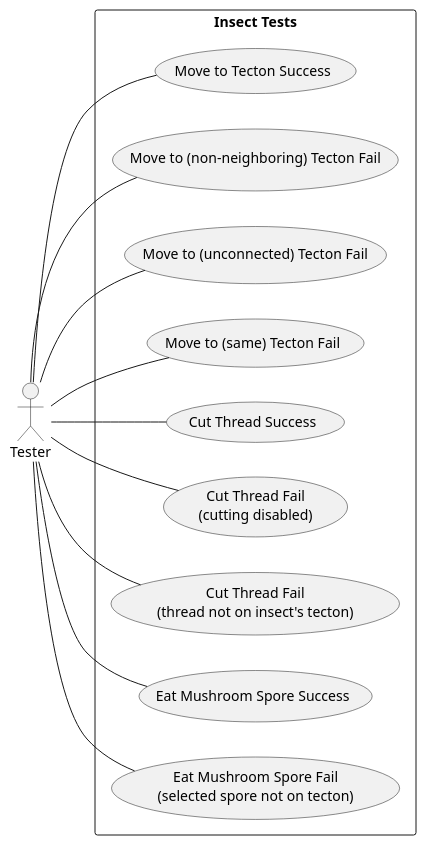
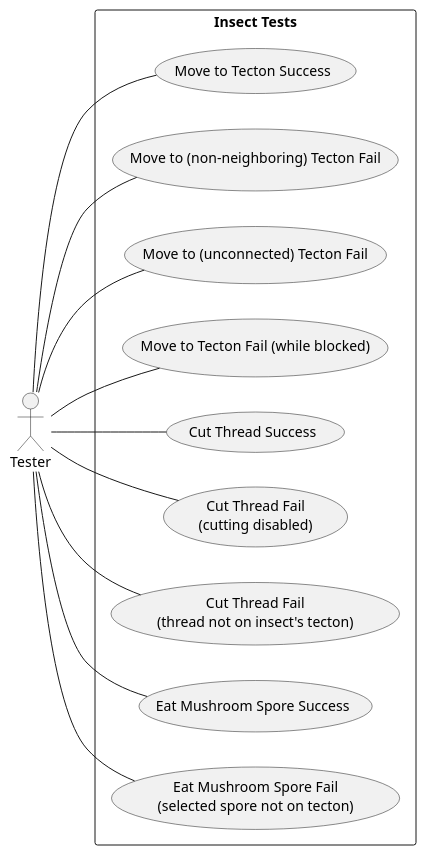
The diagram in diagrams/testcase/insect.plantuml (dzsem/projlab), drawn with PlantUML before and after one commit. The commit also changed 1 other file, not shown here.

Commit message:
UC update, moveToTecton 4th test

```diff
--- a/diagrams/testcase/insect.plantuml
+++ b/diagrams/testcase/insect.plantuml
@@ -1,30 +1,30 @@
 @startuml insectTestCases
 left to right direction
 
 actor "Tester" as t
 
 rectangle "Insect Tests" {
     usecase "Move to Tecton Success" as test1
 	usecase "Move to (non-neighboring) Tecton Fail" as test2
 	usecase "Move to (unconnected) Tecton Fail" as test3
-	usecase "Move to (same) Tecton Fail" as test4
+	usecase "Move to Tecton Fail (while blocked)" as test4
 
 	usecase "Cut Thread Success" as test5
 	usecase "Cut Thread Fail\n(cutting disabled)" as test6
 	usecase "Cut Thread Fail\n(thread not on insect's tecton)" as test7
 
 	usecase "Eat Mushroom Spore Success" as test8
 	usecase "Eat Mushroom Spore Fail\n(selected spore not on tecton)" as test9
 }
 
 t -- test1
 t -- test2
 t -- test3
 t -- test4
 t -- test5
 t -- test6
 t -- test7
 t -- test8
 t -- test9
 
 @enduml
```
